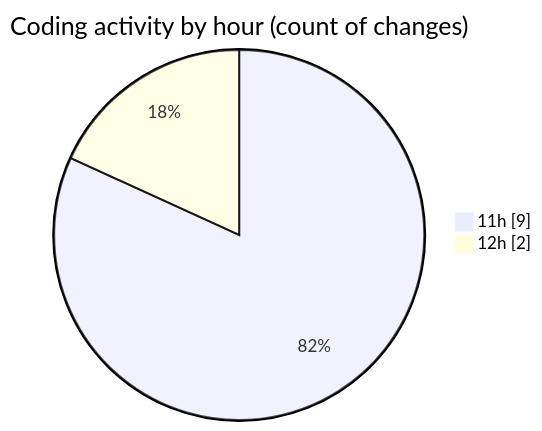
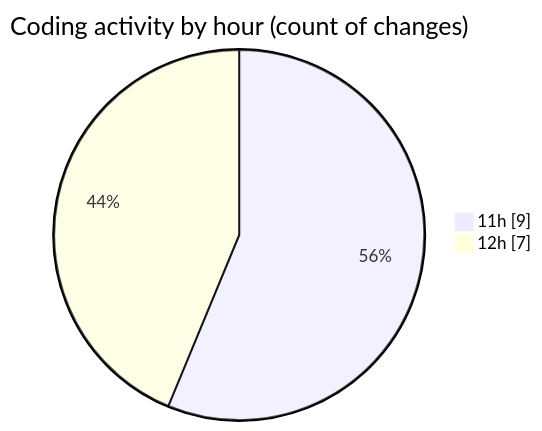
Before and after one commit to EIIisD/code-tracking: the second of 2 diagrams in 2025-08-07/ribbon/README.md, drawn with Mermaid. The commit also changed other lines of this file and 1 other file, not shown here.

````diff
--- a/2025-08-07/ribbon/README.md
+++ b/2025-08-07/ribbon/README.md
@@ -39,6 +40,6 @@
 ```mermaid
 pie showData
 title Coding activity by hour (count of changes)
 "11h" : 9
-"12h" : 2
+"12h" : 7
 ```
````
